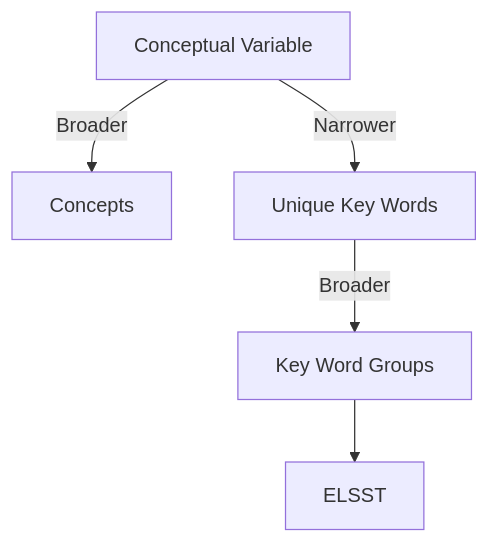
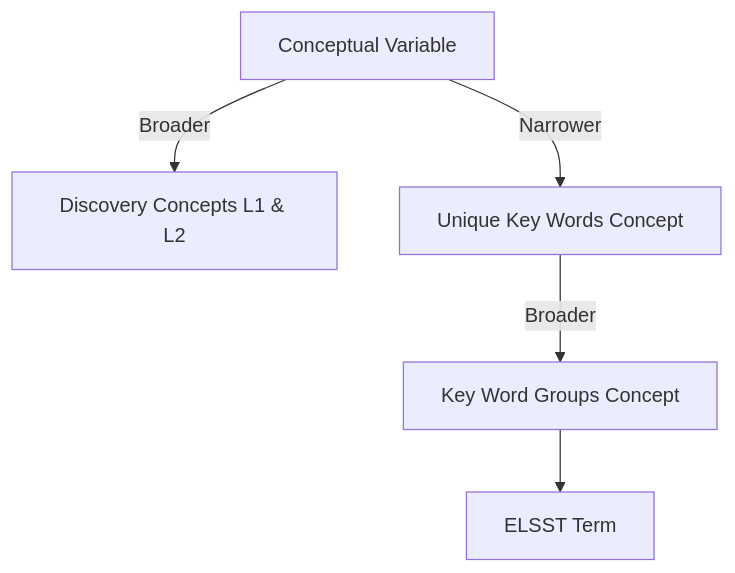
One commit to CLOSER-Cohorts/closer-vocabulary-2026 changed the third of 4 diagrams in README.md. Above: the diagram before and after it, drawn with Mermaid. The commit also changed other lines of this file, not shown here.

First line of the commit message:
Enhance README with Discovery Level Vocabulary details

````diff
--- a/README.md
+++ b/README.md
@@ -63,10 +86,10 @@
 ``` mermaid
 
 flowchart TD
 
- CV[Conceptual Variable] -- "Broader" --> Concepts
- CV -- "Narrower" --> KWP[Unique Key Words]
- KWP -- "Broader" --> KWPG[Key Word Groups]
- KWPG --> ELSST
+ CV[Conceptual Variable] -- "Broader" --> Concepts[Discovery Concepts L1 & L2]
+ CV -- "Narrower" --> KWP[Unique Key Words Concept]
+ KWP -- "Broader" --> KWPG[Key Word Groups Concept]
+ KWPG --> ELSST[ELSST Term]
 
 ```
````
